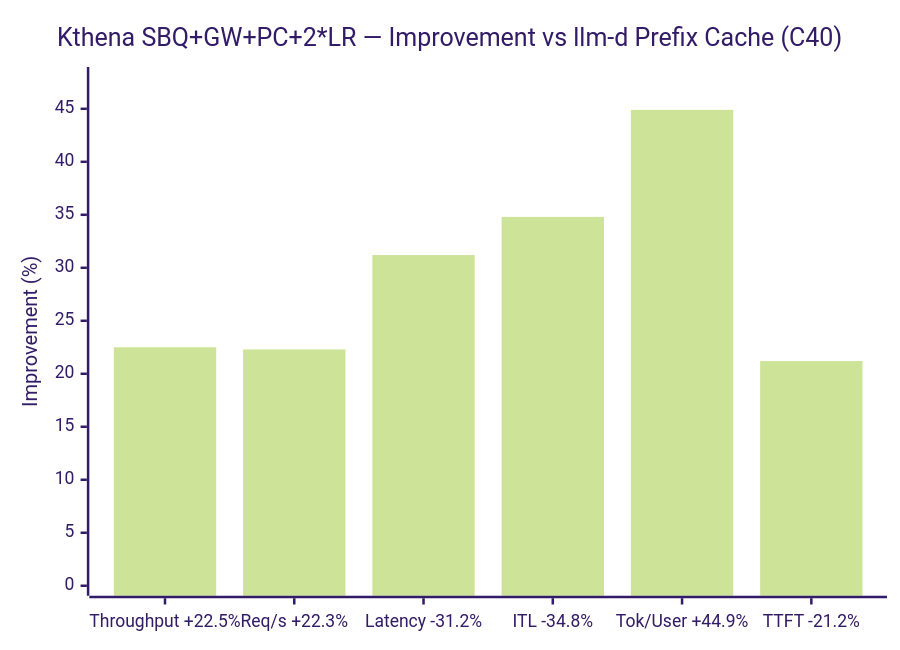
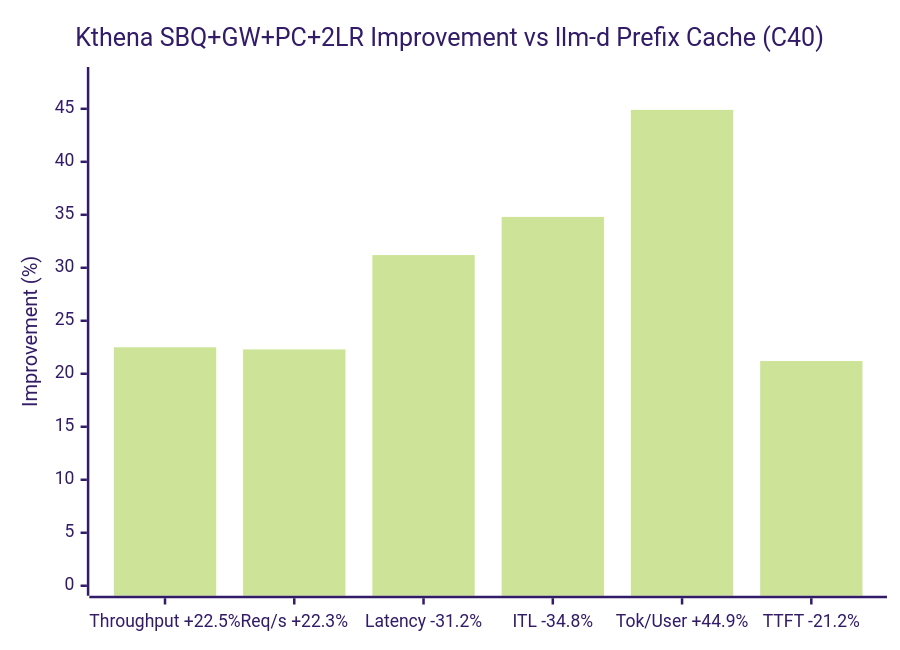
Diagram 17 of 20 in benchmark-report.md (YaoZengzeng/kthena), drawn with Mermaid (forest theme) before and after one commit. The commit also changed other lines of this file, not shown here.

````diff
--- a/benchmark-report.md
+++ b/benchmark-report.md
@@ -486,7 +486,7 @@
 ```mermaid
 xychart-beta
-    title "Kthena SBQ+GW+PC+2*LR — Improvement vs llm-d Prefix Cache (C40)"
+    title "Kthena SBQ+GW+PC+2LR Improvement vs llm-d Prefix Cache (C40)"
     x-axis ["Throughput +22.5%", "Req/s +22.3%", "Latency -31.2%", "ITL -34.8%", "Tok/User +44.9%", "TTFT -21.2%"]
     y-axis "Improvement (%)" 0 --> 48
     bar [22.5, 22.3, 31.2, 34.8, 44.9, 21.2]
 ```
````
